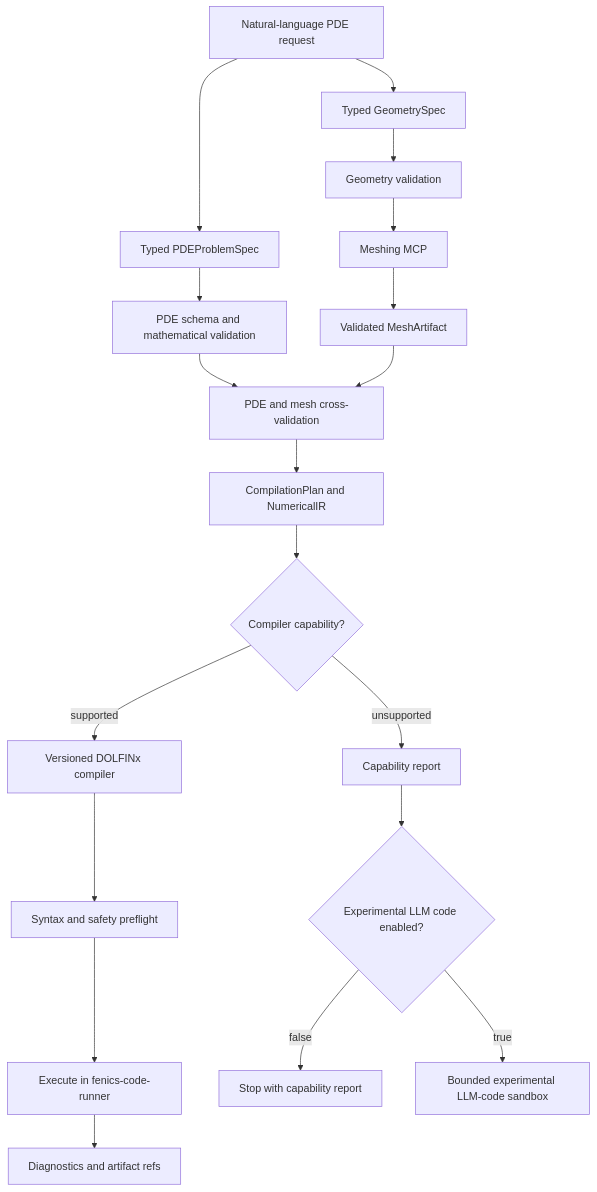
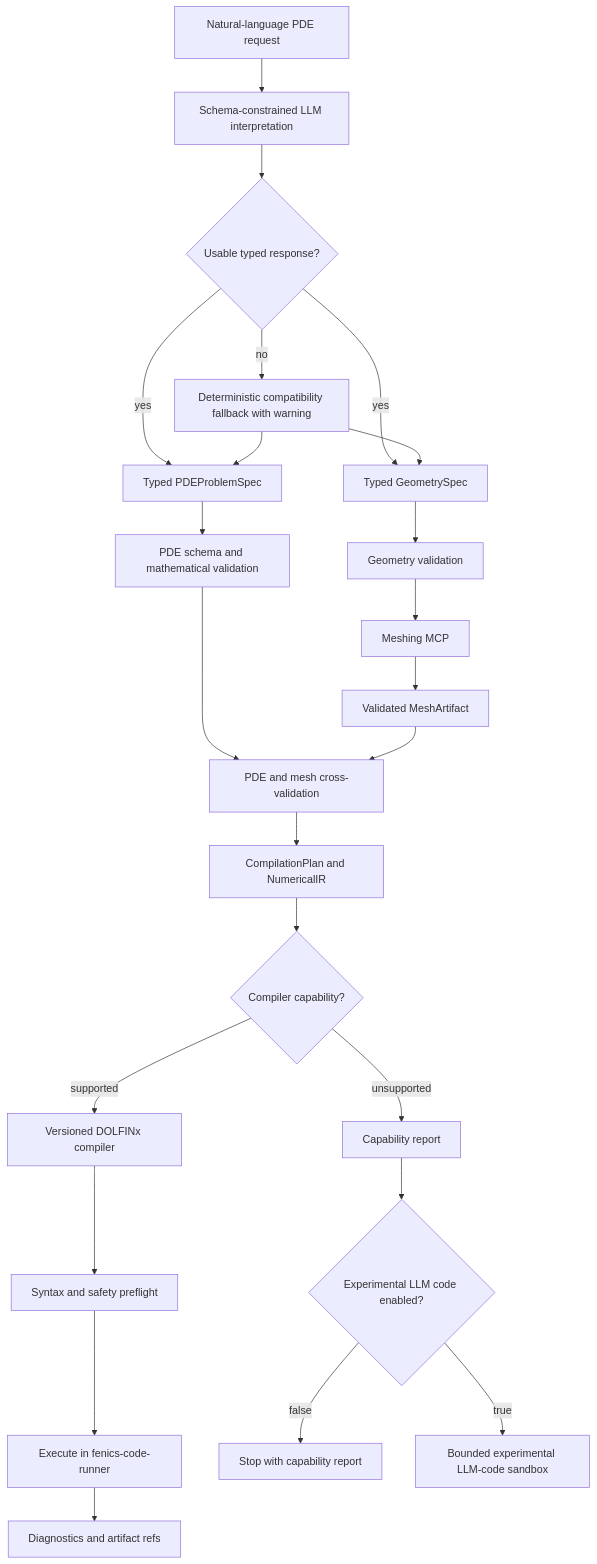
The seventh of 10 diagrams in langgraph/architecture.md (RadmirG/AES), drawn with Mermaid before and after one commit. The commit also changed other lines of this file and 19 other files, not shown here.

Commit message:
Bug fixing for combined typed PDE and geometry pipeline

````diff
--- a/langgraph/architecture.md
+++ b/langgraph/architecture.md
@@ -247,21 +248,26 @@
 ```mermaid
 flowchart TD
-    A["Natural-language PDE request"] --> B["Typed PDEProblemSpec"]
-    A --> C["Typed GeometrySpec"]
+    A["Natural-language PDE request"] --> AI["Schema-constrained LLM interpretation"]
+    AI --> AV{"Usable typed response?"}
+    AV -->|yes| B["Typed PDEProblemSpec"]
+    AV -->|yes| C["Typed GeometrySpec"]
+    AV -->|no| AF["Deterministic compatibility fallback with warning"]
+    AF --> B
+    AF --> C
     B --> D["PDE schema and mathematical validation"]
     C --> E["Geometry validation"]
     E --> F["Meshing MCP"]
     F --> G["Validated MeshArtifact"]
     D --> H["PDE and mesh cross-validation"]
     G --> H
     H --> I["CompilationPlan and NumericalIR"]
     I --> J{"Compiler capability?"}
     J -->|supported| K["Versioned DOLFINx compiler"]
     K --> L["Syntax and safety preflight"]
     L --> M["Execute in fenics-code-runner"]
     M --> N["Diagnostics and artifact refs"]
     J -->|unsupported| O["Capability report"]
     O --> P{"Experimental LLM code enabled?"}
     P -->|false| Q["Stop with capability report"]
     P -->|true| R["Bounded experimental LLM-code sandbox"]
 ```
````
